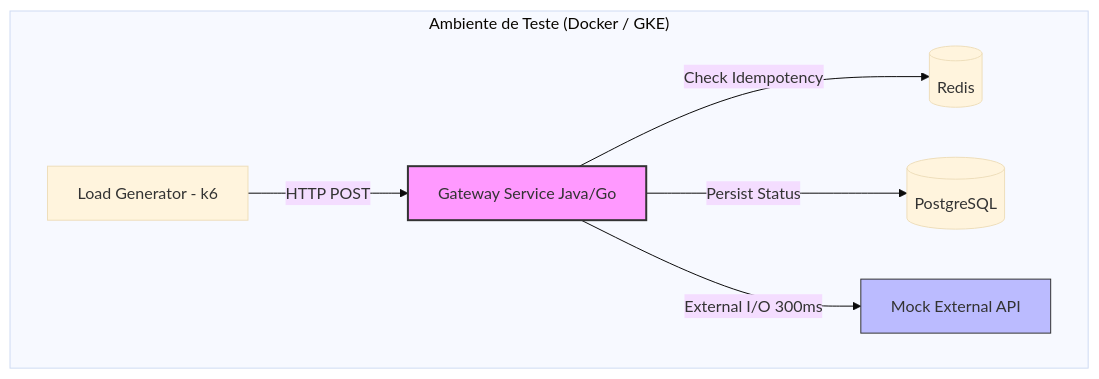
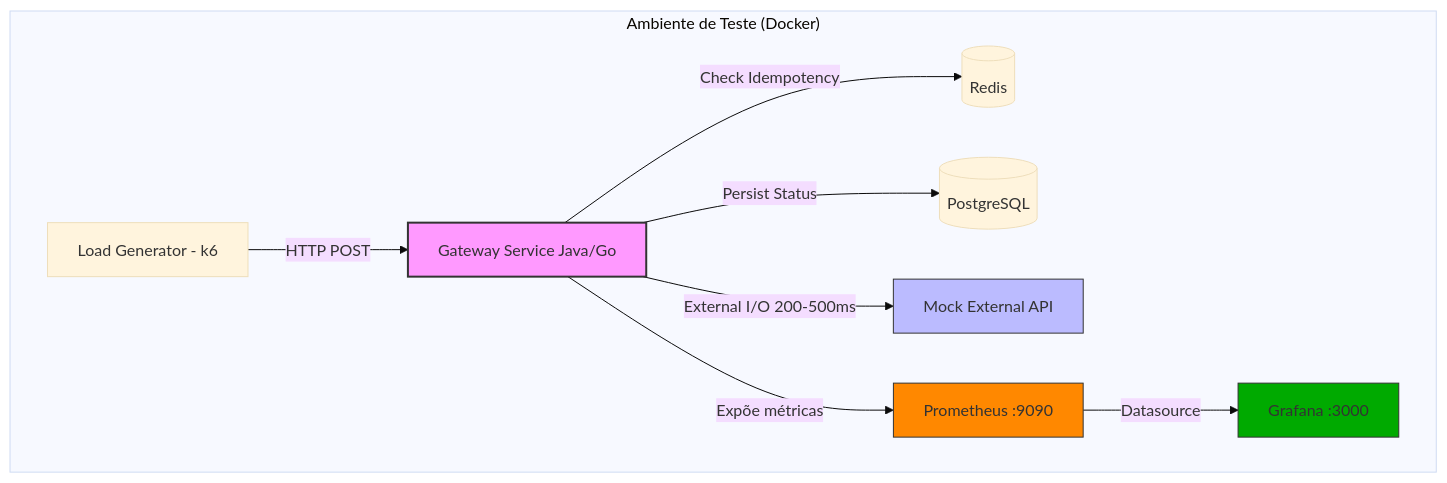
Before and after one commit to felippesouza/tcc-performance-comparison: the first of 2 diagrams in README.md, drawn with Mermaid (base theme). The commit also changed other lines of this file, not shown here.

````diff
--- a/README.md
+++ b/README.md
@@ -21,12 +27,16 @@
 ```mermaid
 graph TD
-    subgraph "Ambiente de Teste (Docker / GKE)"
+    subgraph "Ambiente de Teste (Docker)"
         LG[Load Generator - k6] -->|HTTP POST| GW[Gateway Service Java/Go]
         GW -->|Check Idempotency| RD[(Redis)]
         GW -->|Persist Status| DB[(PostgreSQL)]
-        GW -->|External I/O 300ms| MK[Mock External API]
+        GW -->|External I/O 200-500ms| MK[Mock External API]
+        GW -->|Expõe métricas| PR[Prometheus :9090]
+        PR -->|Datasource| GF[Grafana :3000]
     end
-    
+
     style GW fill:#f9f,stroke:#333,stroke-width:2px
     style MK fill:#bbf,stroke:#333,stroke-width:1px
+    style PR fill:#f80,stroke:#333,stroke-width:1px
+    style GF fill:#0a0,stroke:#333,stroke-width:1px
 ```
````
